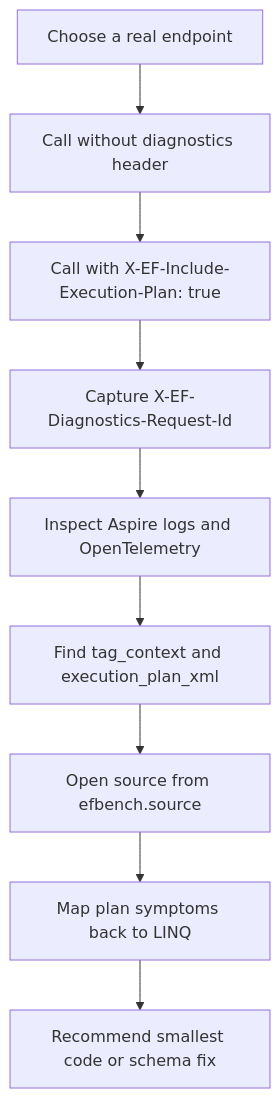
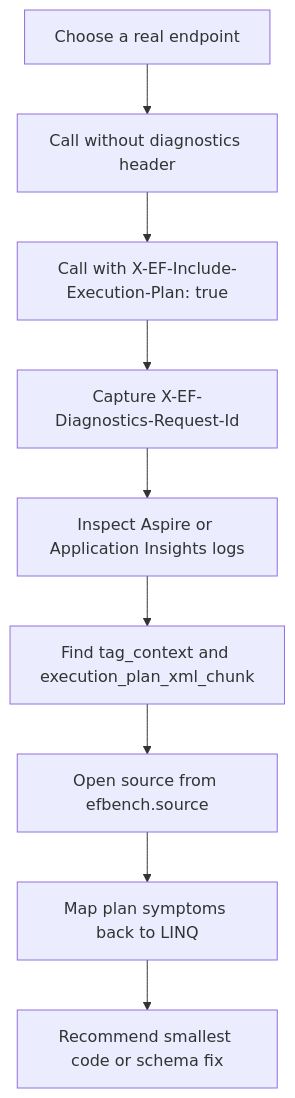
Before and after one commit to jernejk/efcore-bench-lab: the diagram in docs/investigation-workflow.md, drawn with Mermaid. The commit also changed other lines of this file and 23 other files, not shown here.

````diff
--- a/docs/investigation-workflow.md
+++ b/docs/investigation-workflow.md
@@ -7,11 +7,11 @@
 ```mermaid
 flowchart TD
     A["Choose a real endpoint"] --> B["Call without diagnostics header"]
     B --> C["Call with X-EF-Include-Execution-Plan: true"]
     C --> D["Capture X-EF-Diagnostics-Request-Id"]
-    D --> E["Inspect Aspire logs and OpenTelemetry"]
-    E --> F["Find tag_context and execution_plan_xml"]
+    D --> E["Inspect Aspire or Application Insights logs"]
+    E --> F["Find tag_context and execution_plan_xml_chunk"]
     F --> G["Open source from efbench.source"]
     G --> H["Map plan symptoms back to LINQ"]
     H --> I["Recommend smallest code or schema fix"]
 ```
````
